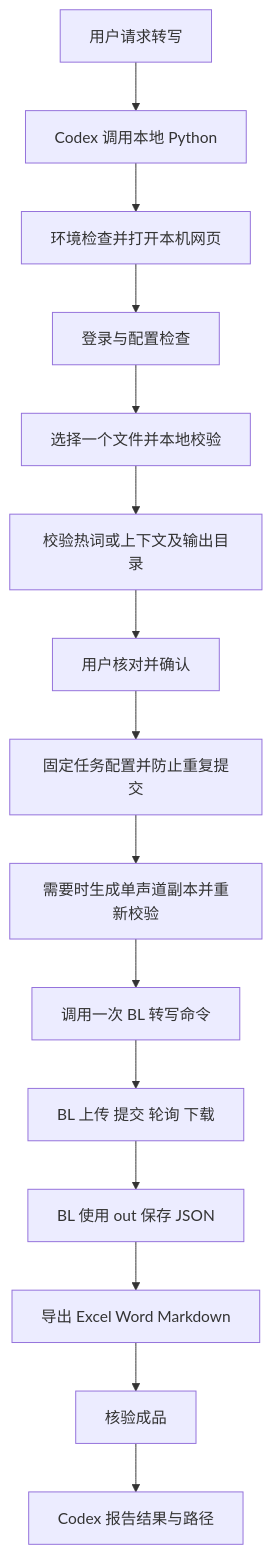
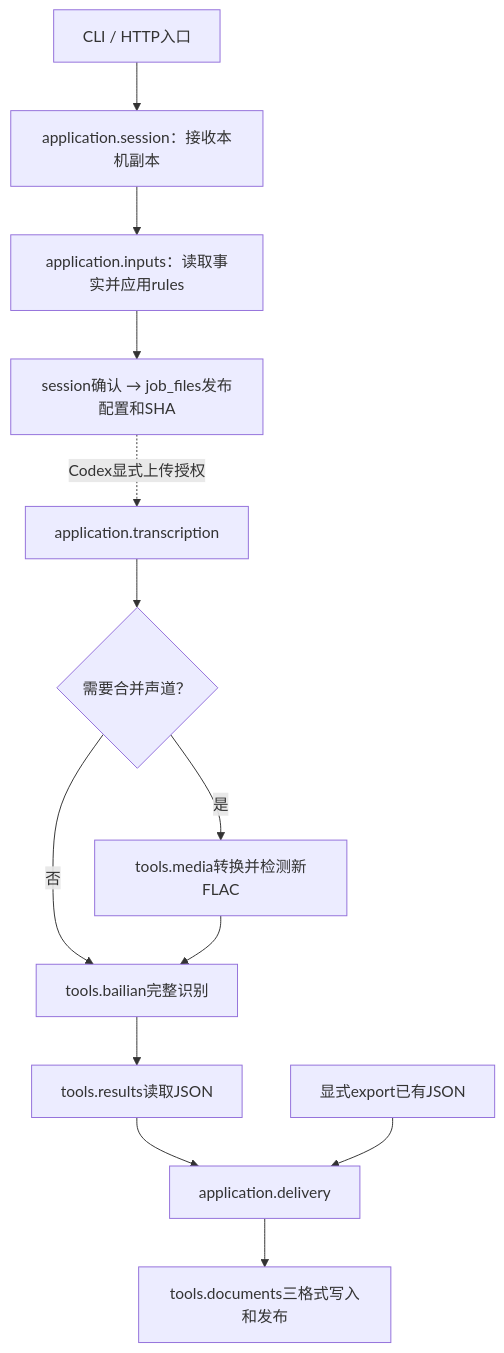
One commit to hx101700/asr-agent changed the diagram in doc/DEVELOPMENT.md. Above: the diagram before and after it, drawn with Mermaid. The commit also changed other lines of this file and 106 other files, not shown here.

````diff
--- a/doc/DEVELOPMENT.md
+++ b/doc/DEVELOPMENT.md
@@ -43,17 +55,15 @@
 ```mermaid
 flowchart TD
-    A[用户请求转写] --> B[Codex 调用本地 Python]
-    B --> C[环境检查并打开本机网页]
-    C --> D[登录与配置检查]
-    D --> E[选择一个文件并本地校验]
-    E --> F[校验热词或上下文及输出目录]
-    F --> G[用户核对并确认]
-    G --> H[固定任务配置并防止重复提交]
-    H --> P[需要时生成单声道副本并重新校验]
-    P --> I[调用一次 BL 转写命令]
-    I --> J[BL 上传 提交 轮询 下载]
-    J --> K[BL 使用 out 保存 JSON]
-    K --> L[导出 Excel Word Markdown]
-    L --> M[核验成品]
-    M --> N[Codex 报告结果与路径]
+  A[CLI / HTTP入口] --> B[application.session：接收本机副本]
+  B --> C[application.inputs：读取事实并应用rules]
+  C --> D[session确认 → job_files发布配置和SHA]
+  D -. Codex显式上传授权 .-> E[application.transcription]
+  E --> F{需要合并声道？}
+  F -->|是| G[tools.media转换并检测新FLAC]
+  F -->|否| H[tools.bailian完整识别]
+  G --> H
+  H --> I[tools.results读取JSON]
+  I --> J[application.delivery]
+  K[显式export已有JSON] --> J
+  J --> L[tools.documents三格式写入和发布]
 ```
````
